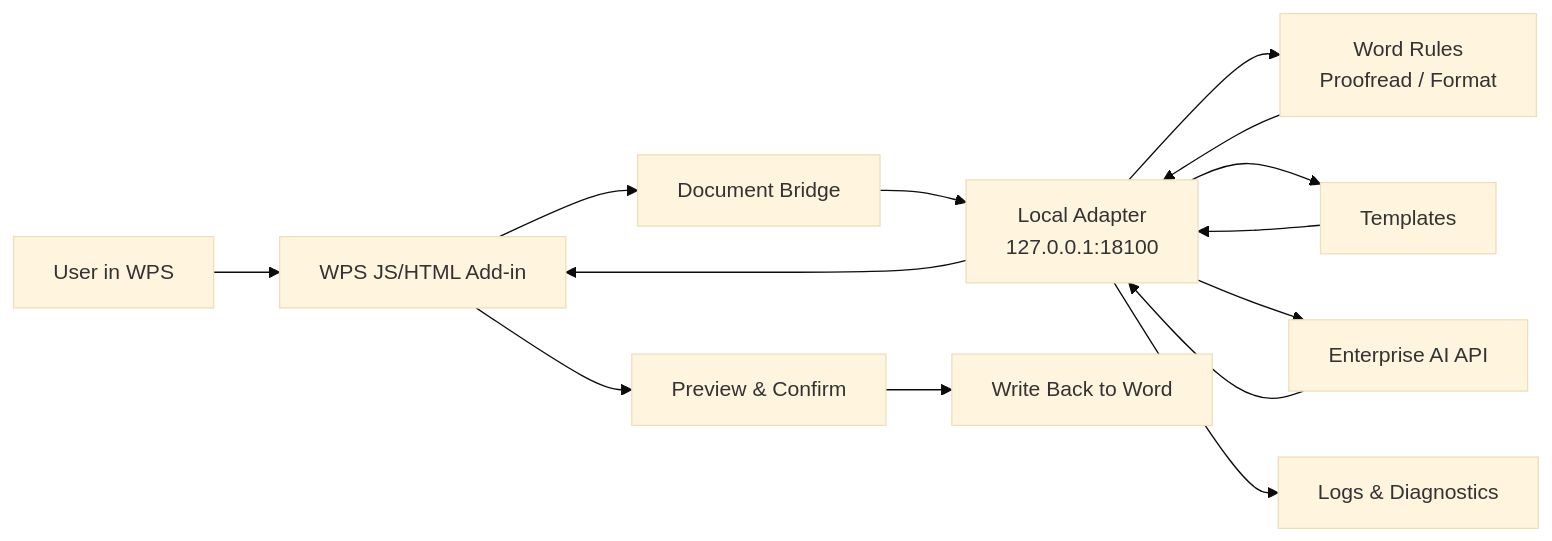
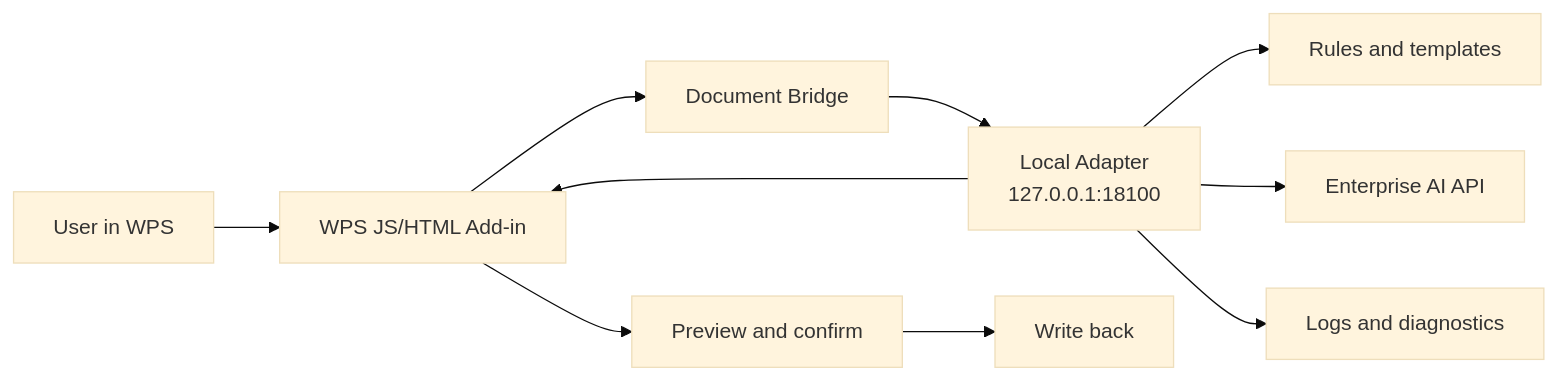
Before and after one commit to w4yne00/AI-WPS: the diagram in README.md, drawn with Mermaid (base theme). The commit also changed other lines of this file and 3 other files, not shown here.

````diff
--- a/README.md
+++ b/README.md
@@ -299,16 +46,12 @@
 ```mermaid
 flowchart LR
   User[User in WPS] --> Addin[WPS JS/HTML Add-in]
   Addin --> Bridge[Document Bridge]
   Bridge --> Adapter[Local Adapter<br/>127.0.0.1:18100]
-  Adapter --> Rules[Word Rules<br/>Proofread / Format]
-  Adapter --> Templates[Templates]
+  Adapter --> Rules[Rules and templates]
   Adapter --> Provider[Enterprise AI API]
-  Adapter --> Logs[Logs & Diagnostics]
-  Rules --> Adapter
-  Templates --> Adapter
-  Provider --> Adapter
+  Adapter --> Logs[Logs and diagnostics]
   Adapter --> Addin
-  Addin --> Preview[Preview & Confirm]
-  Preview --> WPS[Write Back to Word]
+  Addin --> Preview[Preview and confirm]
+  Preview --> WPS[Write back]
 ```
````
